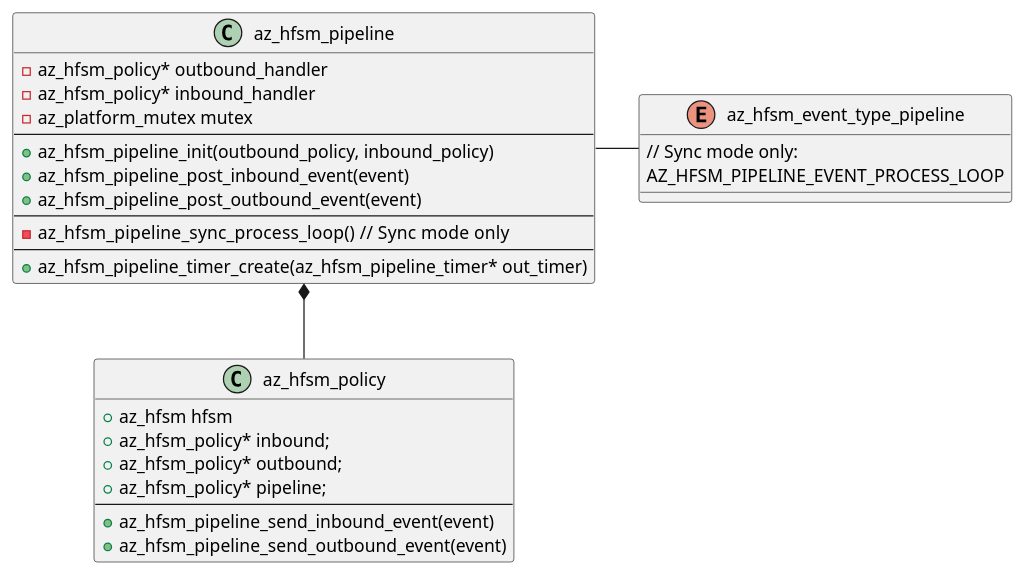
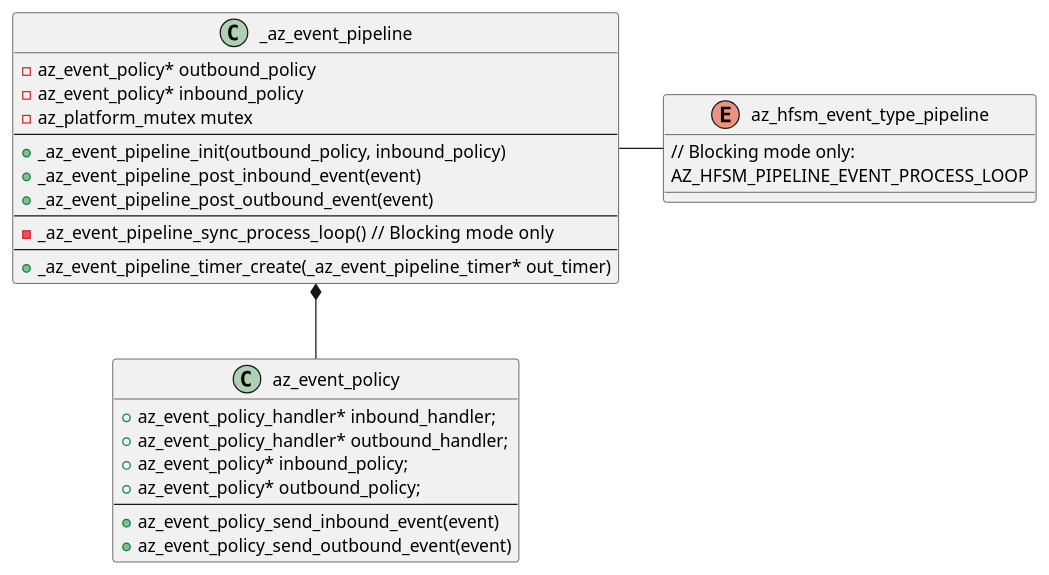
Before and after one commit to vaavva/azure-sdk-for-c-hfsm: the diagram in sdk/docs/core/resources/core_hfsm_pipeline_architecture.puml, drawn with PlantUML. The commit also changed 2 other files, not shown here.

Commit message:
Adding async pipeline doc.

```diff
--- a/sdk/docs/core/resources/core_hfsm_pipeline_architecture.puml
+++ b/sdk/docs/core/resources/core_hfsm_pipeline_architecture.puml
@@ -1,38 +1,38 @@
 @startuml
 
-class az_hfsm_policy 
+class az_event_policy 
 {
-    +az_hfsm hfsm
-    +az_hfsm_policy* inbound;
-    +az_hfsm_policy* outbound;
-    +az_hfsm_policy* pipeline;
+    +az_event_policy_handler* inbound_handler;
+    +az_event_policy_handler* outbound_handler;
+    +az_event_policy* inbound_policy;
+    +az_event_policy* outbound_policy;
     ---
-    +az_hfsm_pipeline_send_inbound_event(event)
-    +az_hfsm_pipeline_send_outbound_event(event)
+    +az_event_policy_send_inbound_event(event)
+    +az_event_policy_send_outbound_event(event)
 }
 
-class az_hfsm_pipeline
+class _az_event_pipeline
 {
-    -az_hfsm_policy* outbound_handler
-    -az_hfsm_policy* inbound_handler
+    -az_event_policy* outbound_policy
+    -az_event_policy* inbound_policy
     -az_platform_mutex mutex
     ---
-    +az_hfsm_pipeline_init(outbound_policy, inbound_policy)
-    +az_hfsm_pipeline_post_inbound_event(event)
-    +az_hfsm_pipeline_post_outbound_event(event)
+    +_az_event_pipeline_init(outbound_policy, inbound_policy)
+    +_az_event_pipeline_post_inbound_event(event)
+    +_az_event_pipeline_post_outbound_event(event)
     ---
-    -az_hfsm_pipeline_sync_process_loop()   // Sync mode only
+    -_az_event_pipeline_sync_process_loop()   // Blocking mode only
     ---
-    +az_hfsm_pipeline_timer_create(az_hfsm_pipeline_timer* out_timer)
+    +_az_event_pipeline_timer_create(_az_event_pipeline_timer* out_timer)
 }
 
 enum az_hfsm_event_type_pipeline
 {
-    // Sync mode only:
+    // Blocking mode only:
     AZ_HFSM_PIPELINE_EVENT_PROCESS_LOOP
 }
 
-az_hfsm_pipeline *-- az_hfsm_policy
-az_hfsm_pipeline - az_hfsm_event_type_pipeline
+_az_event_pipeline *-- az_event_policy
+_az_event_pipeline - az_hfsm_event_type_pipeline
 
 @enduml
```
